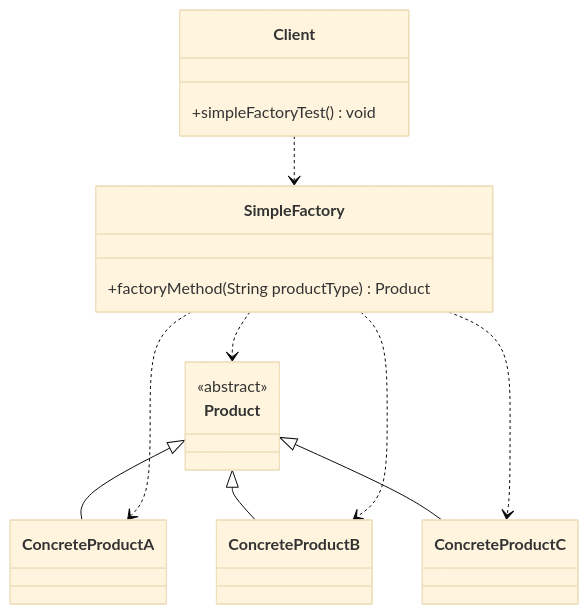
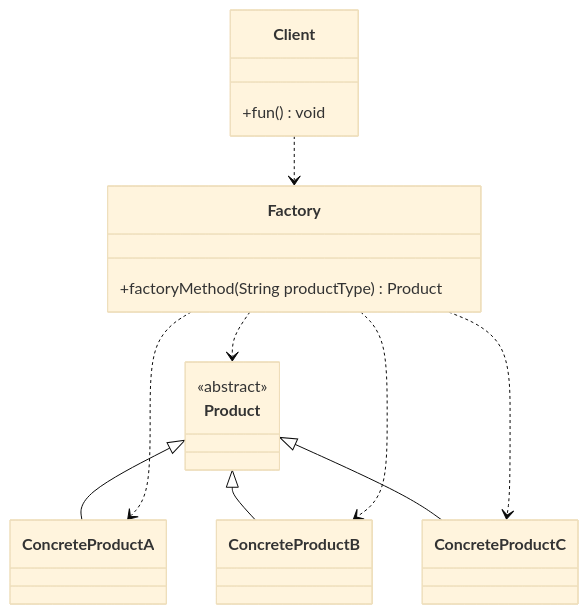
Before and after one commit to lingwh1995/blog: the first of 3 diagrams in docs/blogs/general/designpattern/designpattern-java/shardings/designpattern-java-chapter-5.创建型模式-简单工厂模式(Gof之外).md, drawn with Mermaid (base theme). The commit also changed other lines of this file and 259 other files, not shown here.

````diff
--- a/docs/blogs/general/designpattern/designpattern-java/shardings/designpattern-java-chapter-5.创建型模式-简单工厂模式(Gof之外).md
+++ b/docs/blogs/general/designpattern/designpattern-java/shardings/designpattern-java-chapter-5.创建型模式-简单工厂模式(Gof之外).md
@@ -23,24 +42,24 @@
 ```mermaid
 classDiagram
-    Client ..> SimpleFactory
+    Client ..> Factory
     Product <|-- ConcreteProductA
     Product <|-- ConcreteProductB
     Product <|-- ConcreteProductC
-    SimpleFactory ..> Product
-    SimpleFactory ..> ConcreteProductA
-    SimpleFactory ..> ConcreteProductB
-    SimpleFactory ..> ConcreteProductC
+    Factory ..> Product
+    Factory ..> ConcreteProductA
+    Factory ..> ConcreteProductB
+    Factory ..> ConcreteProductC
     class ConcreteProductA{
     }
     class ConcreteProductB{
     }
     class ConcreteProductC{
     }
-    class SimpleFactory {
+    class Factory {
         +factoryMethod(String productType) Product
     }
     class Client {
-        +simpleFactoryTest() void
+        +fun() void
     }
     <<abstract>> Product
 ```
````
